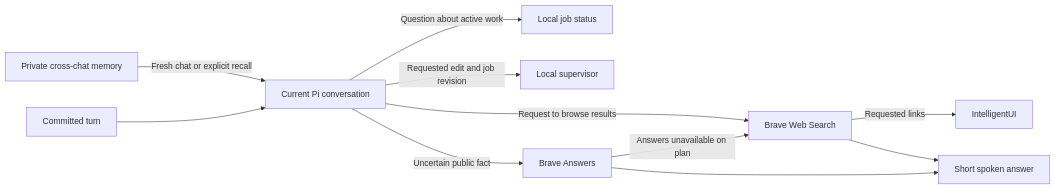
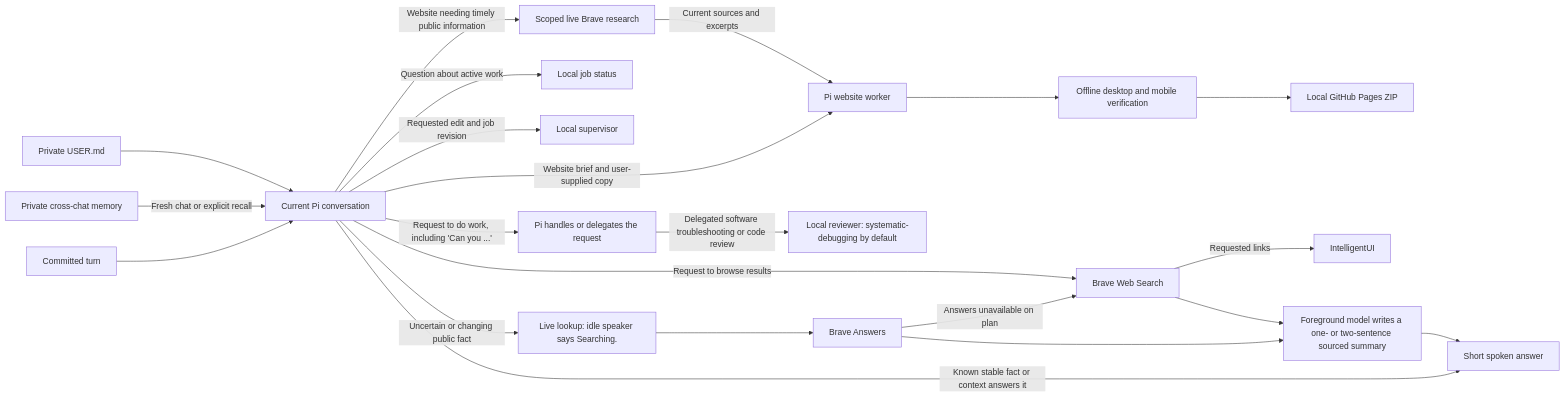
One commit to justinruaya123/me3-full-duplex-agent changed the third of 5 diagrams in docs/ARCHITECTURE_REVIEW.md. Above: the diagram before and after it, drawn with Mermaid. The commit also changed other lines of this file and 59 other files, not shown here.

Commit message:
Integrate BMO voice, researched websites and account-owned GitHub pushes

````diff
--- a/docs/ARCHITECTURE_REVIEW.md
+++ b/docs/ARCHITECTURE_REVIEW.md
@@ -48,13 +66,24 @@
 ```mermaid
 flowchart LR
   turn[Committed turn] --> thread[Current Pi conversation]
   memory[Private cross-chat memory] -->|Fresh chat or explicit recall| thread
+  profile[Private USER.md] --> thread
+  thread -->|Website brief and user-supplied copy| site[Pi website worker]
+  thread -->|Website needing timely public information| evidence[Scoped live Brave research]
+  evidence -->|Current sources and excerpts| site
+  site --> verify[Offline desktop and mobile verification]
+  verify --> zip[Local GitHub Pages ZIP]
   thread -->|Question about active work| status[Local job status]
   thread -->|Requested edit and job revision| job[Local supervisor]
-  thread -->|Uncertain public fact| answer[Brave Answers]
+  thread -->|Known stable fact or context answers it| speech[Short spoken answer]
+  thread -->|Request to do work, including 'Can you ...'| task[Pi handles or delegates the request]
+  task -->|Delegated software troubleshooting or code review| debug[Local reviewer: systematic-debugging by default]
+  thread -->|Uncertain or changing public fact| search[Live lookup: idle speaker says Searching.]
+  search --> answer[Brave Answers]
   answer -->|Answers unavailable on plan| web[Brave Web Search]
   thread -->|Request to browse results| web
   web -->|Requested links| ui[IntelligentUI]
-  answer --> speech[Short spoken answer]
-  web --> speech
+  answer --> summary[Foreground model writes a one- or two-sentence sourced summary]
+  web --> summary
+  summary --> speech
 ```
````
